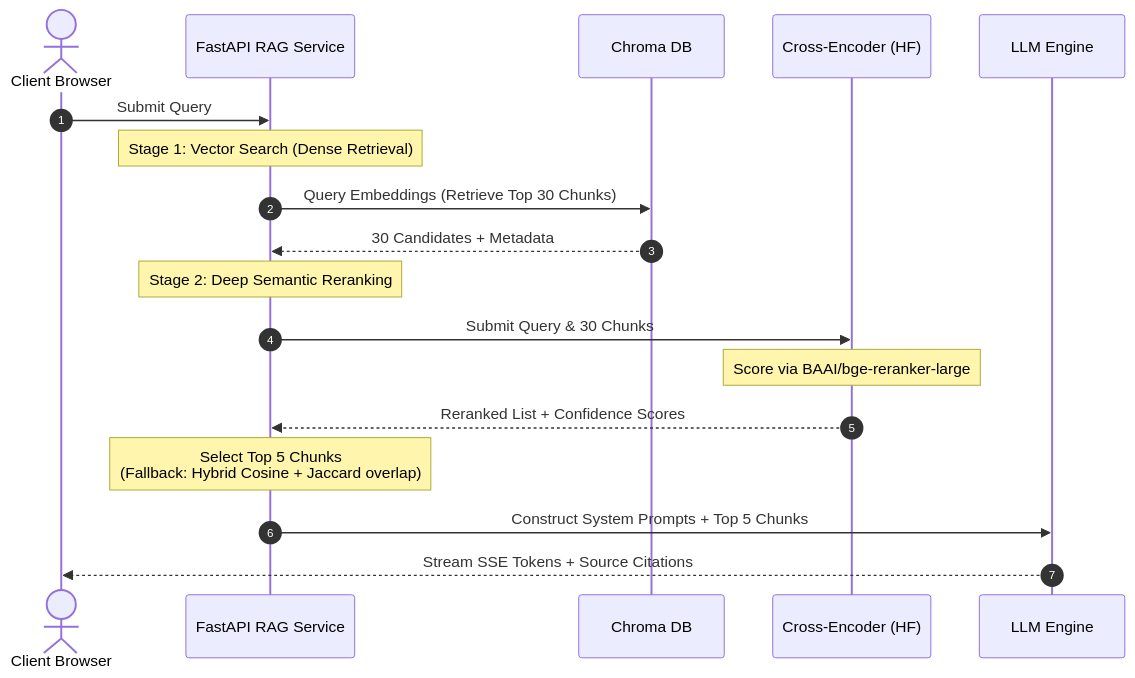
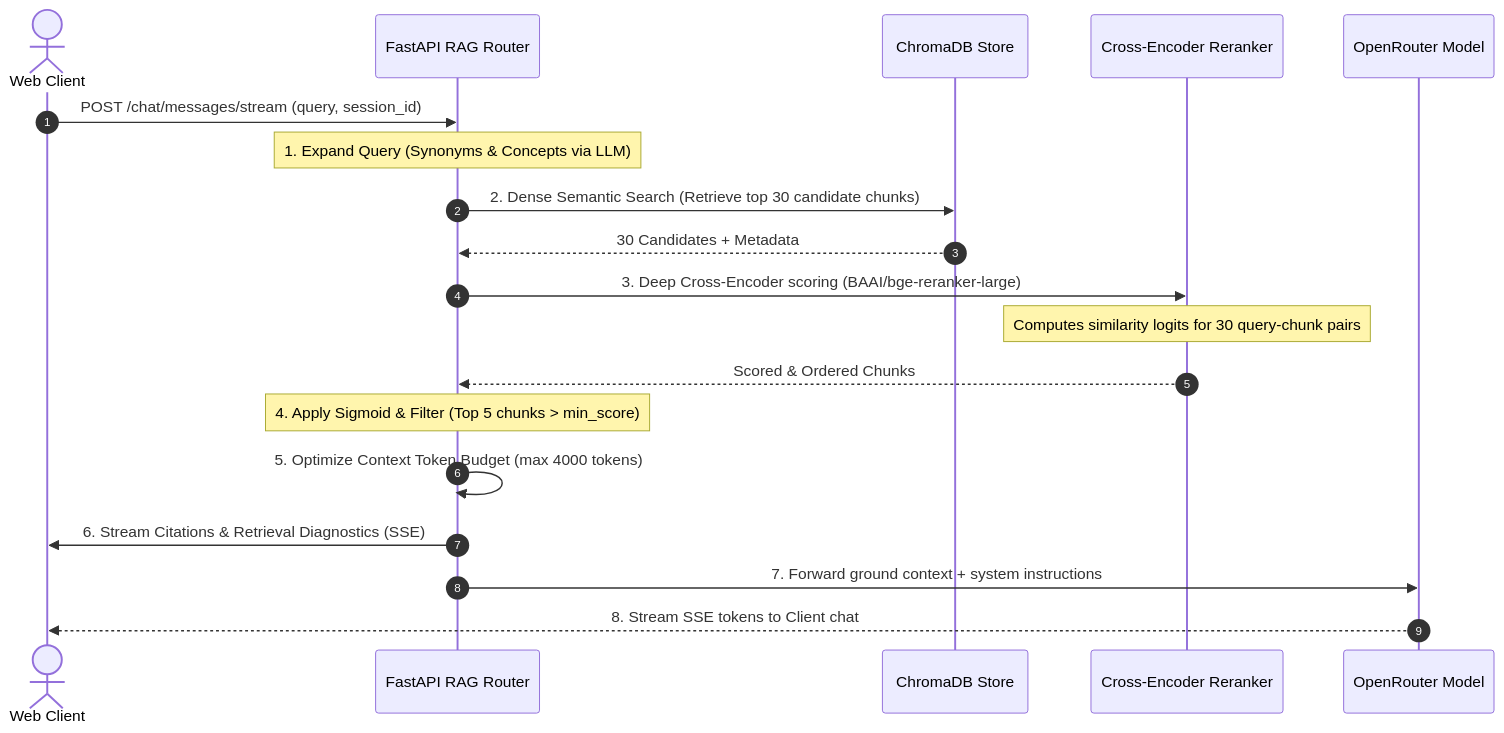
Before and after one commit to shiteshkhaw/DocuMindAI: the fourth of 4 diagrams in README.md, drawn with Mermaid. The commit also changed other lines of this file and 22 other files, not shown here.

````diff
--- a/README.md
+++ b/README.md
@@ -114,21 +228,22 @@
 ```mermaid
 sequenceDiagram
     autonumber
-    actor Client as Client Browser
-    participant API as FastAPI RAG Service
-    participant VS as Chroma DB
-    participant HF as Cross-Encoder (HF)
-    participant LLM as LLM Engine
+    actor Client as Web Client
+    participant API as FastAPI RAG Router
+    participant Chroma as ChromaDB Store
+    participant CE as Cross-Encoder Reranker
+    participant LLM as OpenRouter Model
 
-    Client->>API: Submit Query
-    Note over API: Stage 1: Vector Search (Dense Retrieval)
-    API->>VS: Query Embeddings (Retrieve Top 30 Chunks)
-    VS-->>API: 30 Candidates + Metadata
-    Note over API: Stage 2: Deep Semantic Reranking
-    API->>HF: Submit Query & 30 Chunks
-    Note over HF: Score via BAAI/bge-reranker-large
-    HF-->>API: Reranked List + Confidence Scores
-    Note over API: Select Top 5 Chunks<br/>(Fallback: Hybrid Cosine + Jaccard overlap)
-    API->>LLM: Construct System Prompts + Top 5 Chunks
-    LLM-->>Client: Stream SSE Tokens + Source Citations
+    Client->>API: POST /chat/messages/stream (query, session_id)
+    Note over API: 1. Expand Query (Synonyms & Concepts via LLM)
+    API->>Chroma: 2. Dense Semantic Search (Retrieve top 30 candidate chunks)
+    Chroma-->>API: 30 Candidates + Metadata
+    API->>CE: 3. Deep Cross-Encoder scoring (BAAI/bge-reranker-large)
+    Note over CE: Computes similarity logits for 30 query-chunk pairs
+    CE-->>API: Scored & Ordered Chunks
+    Note over API: 4. Apply Sigmoid & Filter (Top 5 chunks > min_score)
+    API->>API: 5. Optimize Context Token Budget (max 4000 tokens)
+    API->>Client: 6. Stream Citations & Retrieval Diagnostics (SSE)
+    API->>LLM: 7. Forward ground context + system instructions
+    LLM-->>Client: 8. Stream SSE tokens to Client chat
 ```
````
